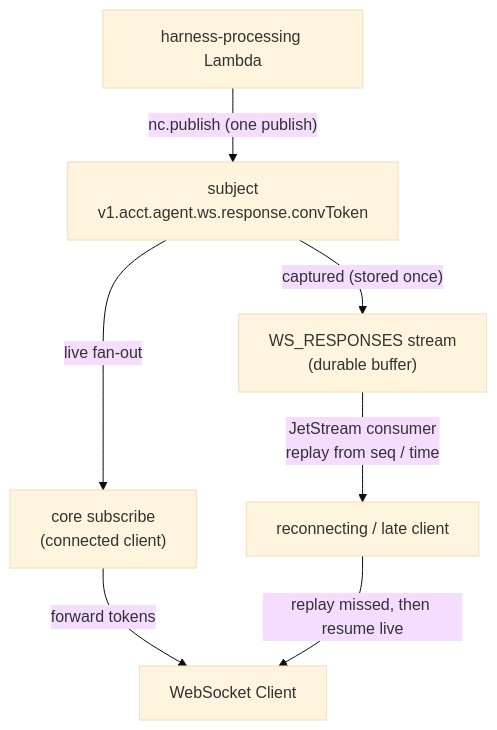
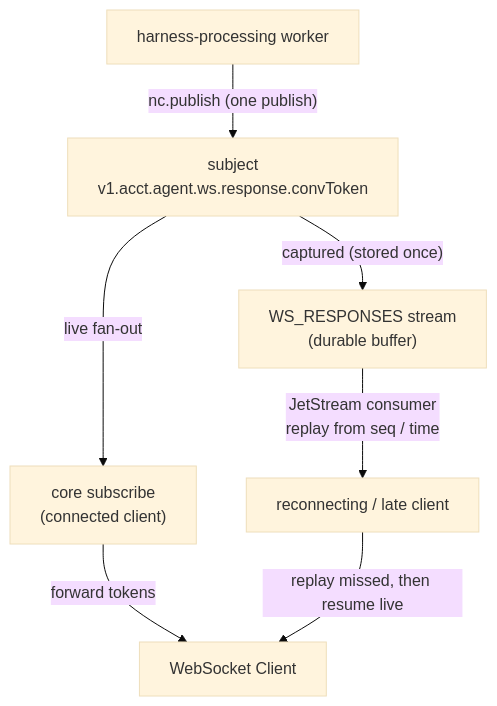
The tenth of 12 diagrams in apps/docs/docs/architecture.md (beeblastco/broods), drawn with Mermaid (base theme) before and after one commit. The commit also changed other lines of this file and 31 other files, not shown here.

````diff
--- a/apps/docs/docs/architecture.md
+++ b/apps/docs/docs/architecture.md
@@ -267,9 +267,9 @@
 ```mermaid
 flowchart TD
-  Harness["harness-processing Lambda"] -->|"nc.publish (one publish)"| Subj["subject<br/>v1.acct.agent.ws.response.convToken"]
+  Harness["harness-processing worker"] -->|"nc.publish (one publish)"| Subj["subject<br/>v1.acct.agent.ws.response.convToken"]
   Subj -->|"live fan-out"| GWlive["core subscribe<br/>(connected client)"]
   Subj -->|"captured (stored once)"| NATS["WS_RESPONSES stream<br/>(durable buffer)"]
   NATS -->|"JetStream consumer<br/>replay from seq / time"| GWreplay["reconnecting / late client"]
   GWlive -->|"forward tokens"| Client["WebSocket Client"]
   GWreplay -->|"replay missed, then resume live"| Client
 ```
````
